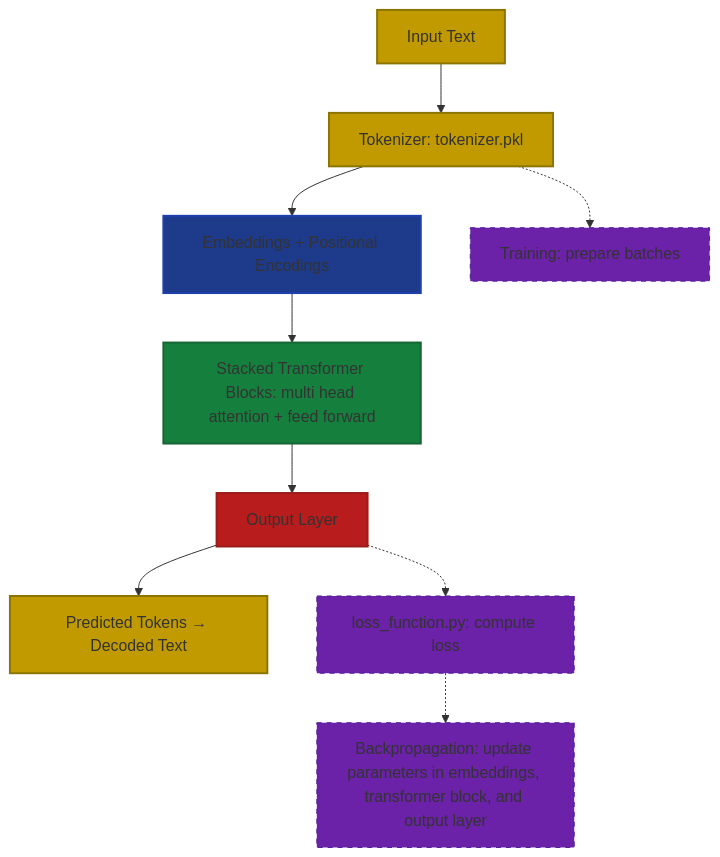
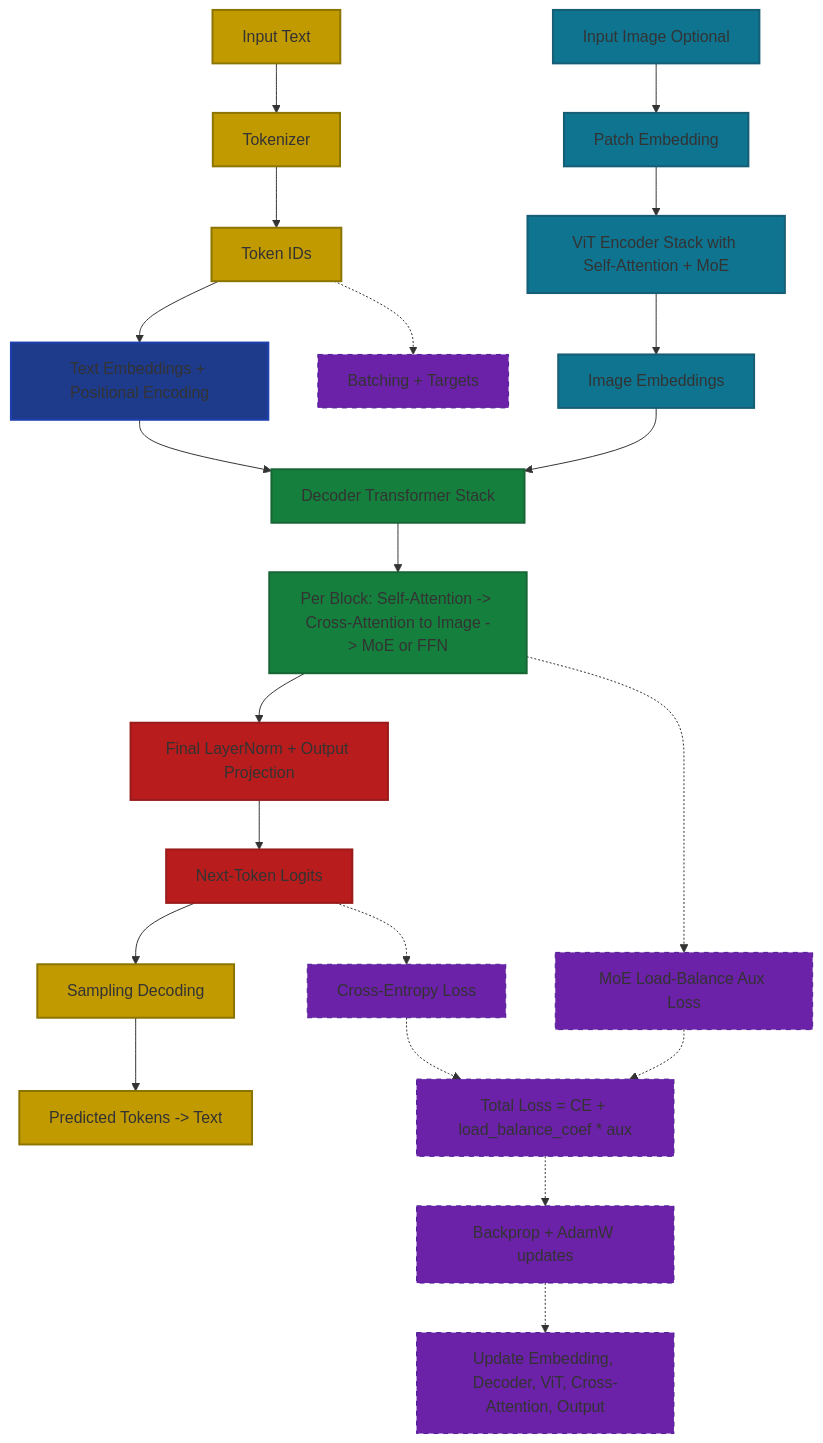
Before and after one commit to Albertlungu/Nous: the diagram in readme.md, drawn with Mermaid.

Commit message:
FEAT: Added multimodal diagram at 7 am because apparently the best time to reinvent the model graph is before coffee.

````diff
--- a/readme.md
+++ b/readme.md
@@ -238,24 +238,49 @@
 ```mermaid
 flowchart TD
-    A[Input Text] --> B[Tokenizer: tokenizer.pkl]
-    B --> C[Embeddings + Positional Encodings]
-    C --> D[Stacked Transformer Blocks: multi head attention + feed forward]
-    D --> E[Output Layer]
-    E --> F[Predicted Tokens → Decoded Text]
+  A[Input Text] --> B[Tokenizer]
+  B --> C[Token IDs]
+  C --> D[Text Embeddings + Positional Encoding]
 
-    %% Training loop connections (dashed lines)
-    B -.-> G[Training: prepare batches]
-    E -.-> H[loss_function.py: compute loss]
-    H -.-> I[Backpropagation: update parameters in embeddings, transformer block, and output layer]
+  J[Input Image Optional] --> K[Patch Embedding]
+  K --> L[ViT Encoder Stack with Self-Attention + MoE]
+  L --> M[Image Embeddings]
 
-    %% Node colors
-    style A fill:#C19A00,stroke:#8B7500,stroke-width:2px
-    style B fill:#C19A00,stroke:#8B7500,stroke-width:2px
-    style C fill:#1E3A8A,stroke:#1E40AF,stroke-width:2px
-    style D fill:#15803D,stroke:#166534,stroke-width:2px
-    style E fill:#B91C1C,stroke:#991B1B,stroke-width:2px
-    style F fill:#C19A00,stroke:#8B7500,stroke-width:2px
-    style G fill:#6B21A8,stroke:#4C1D95,stroke-width:1px,stroke-dasharray: 5 5
-    style H fill:#6B21A8,stroke:#4C1D95,stroke-width:1px,stroke-dasharray: 5 5
-    style I fill:#6B21A8,stroke:#4C1D95,stroke-width:1px,stroke-dasharray: 5 5
+  D --> E[Decoder Transformer Stack]
+  M --> E
+  E --> N[Per Block: Self-Attention -> Cross-Attention to Image -> MoE or FFN]
+  N --> O[Final LayerNorm + Output Projection]
+  O --> P[Next-Token Logits]
+  P --> Q[Sampling Decoding]
+  Q --> R[Predicted Tokens -> Text]
+
+  %% Training loop connections (dashed lines)
+  C -.-> S[Batching + Targets]
+  P -.-> T[Cross-Entropy Loss]
+  N -.-> U[MoE Load-Balance Aux Loss]
+  T -.-> V[Total Loss = CE + load_balance_coef * aux]
+  U -.-> V
+  V -.-> W[Backprop + AdamW updates]
+  W -.-> X[Update Embedding, Decoder, ViT, Cross-Attention, Output]
+
+  %% Node colors
+  style A fill:#C19A00,stroke:#8B7500,stroke-width:2px
+  style B fill:#C19A00,stroke:#8B7500,stroke-width:2px
+  style C fill:#C19A00,stroke:#8B7500,stroke-width:2px
+  style D fill:#1E3A8A,stroke:#1E40AF,stroke-width:2px
+  style J fill:#0E7490,stroke:#155E75,stroke-width:2px
+  style K fill:#0E7490,stroke:#155E75,stroke-width:2px
+  style L fill:#0E7490,stroke:#155E75,stroke-width:2px
+  style M fill:#0E7490,stroke:#155E75,stroke-width:2px
+  style E fill:#15803D,stroke:#166534,stroke-width:2px
+  style N fill:#15803D,stroke:#166534,stroke-width:2px
+  style O fill:#B91C1C,stroke:#991B1B,stroke-width:2px
+  style P fill:#B91C1C,stroke:#991B1B,stroke-width:2px
+  style Q fill:#C19A00,stroke:#8B7500,stroke-width:2px
+  style R fill:#C19A00,stroke:#8B7500,stroke-width:2px
+  style S fill:#6B21A8,stroke:#4C1D95,stroke-width:1px,stroke-dasharray: 5 5
+  style T fill:#6B21A8,stroke:#4C1D95,stroke-width:1px,stroke-dasharray: 5 5
+  style U fill:#6B21A8,stroke:#4C1D95,stroke-width:1px,stroke-dasharray: 5 5
+  style V fill:#6B21A8,stroke:#4C1D95,stroke-width:1px,stroke-dasharray: 5 5
+  style W fill:#6B21A8,stroke:#4C1D95,stroke-width:1px,stroke-dasharray: 5 5
+  style X fill:#6B21A8,stroke:#4C1D95,stroke-width:1px,stroke-dasharray: 5 5
 ```
````
